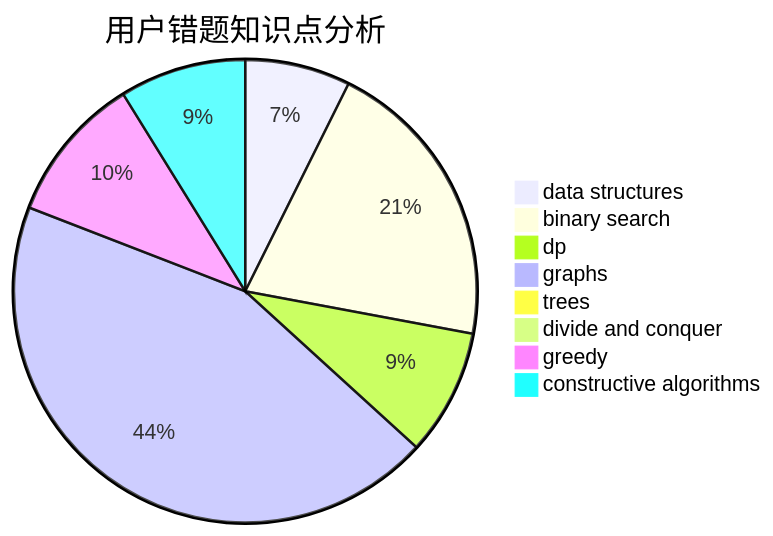
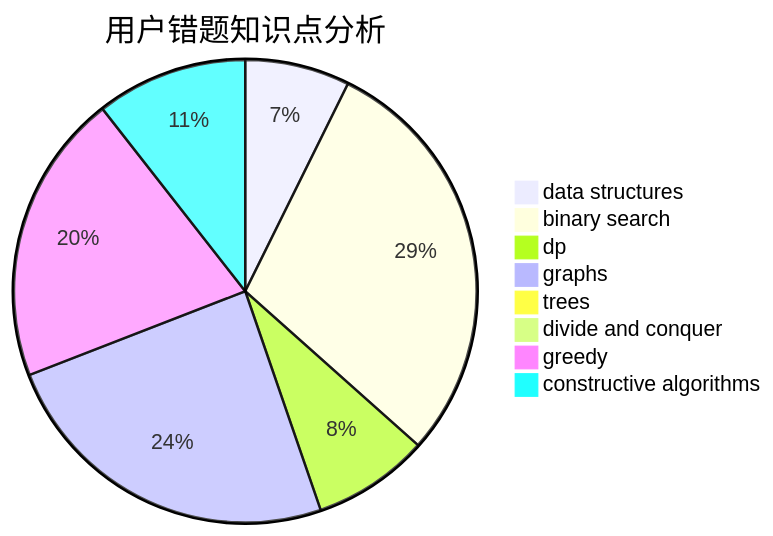
Before and after one commit to sherpahu/cfrs.github.io: the third of 3 diagrams in docs/user/u1835.md, drawn with Mermaid. The commit also changed other lines of this file and 2770 other files, not shown here.

````diff
--- a/docs/user/u1835.md
+++ b/docs/user/u1835.md
@@ -36,11 +36,11 @@
 ```mermaid
 pie title 用户错题知识点分析
-    "data structures" :  5
-    "binary search" :  14
-    "dp" :  6
+    "data structures" :  9
+    "binary search" :  36
+    "dp" :  10
     "graphs" :  30
     "trees" :  0
     "divide and conquer" :  0
-    "greedy" :  7
-    "constructive algorithms" :  6
+    "greedy" :  25
+    "constructive algorithms" :  13
 ```
````
